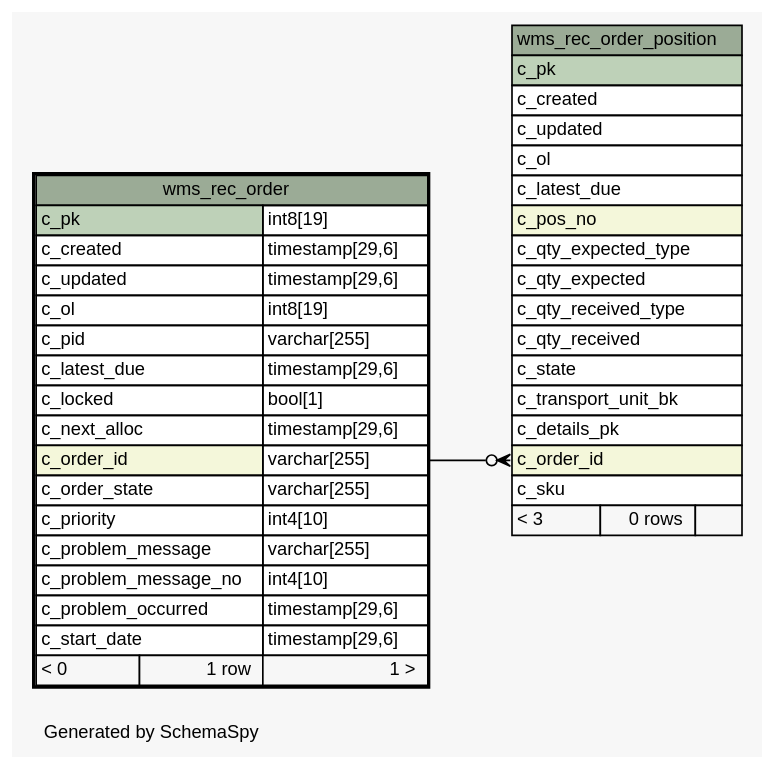
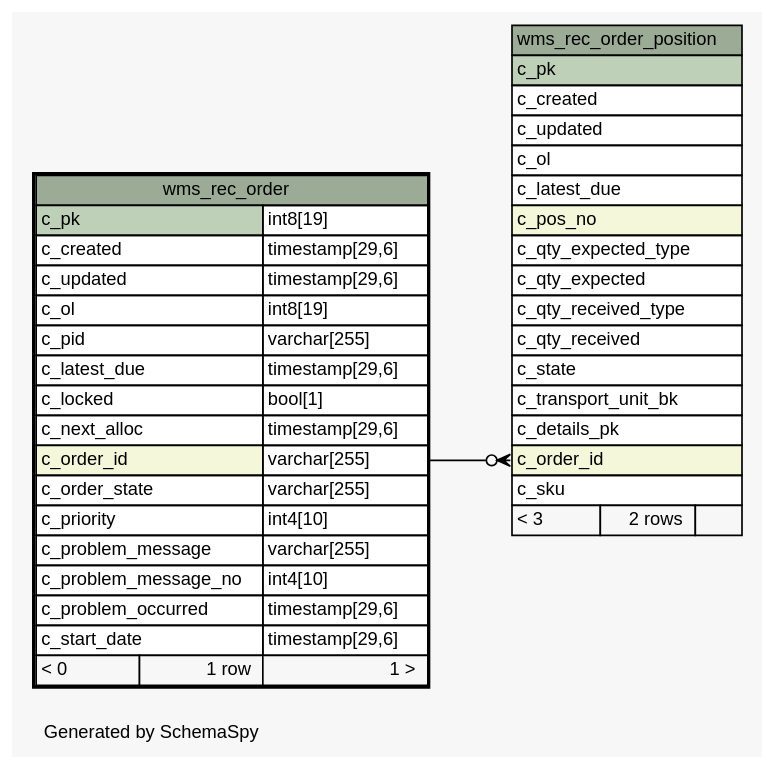
One commit to openwms/org.openwms.wms.receiving.lib changed the diagram in schemaspy/diagrams/wms_rec_order.1degree.dot. Above: the diagram before and after it, drawn with Graphviz. The commit also changed 178 other files, not shown here.

```diff
--- a/schemaspy/diagrams/wms_rec_order.1degree.dot
+++ b/schemaspy/diagrams/wms_rec_order.1degree.dot
@@ -1,71 +1,71 @@
 // dot 2.36.0 on Linux 4.4.0-101-generic
 // SchemaSpy rev Unknown
 digraph "oneDegreeRelationshipsDiagram" {
   graph [
     rankdir="RL"
     bgcolor="#f7f7f7"
     label="\nGenerated by SchemaSpy"
     labeljust="l"
     nodesep="0.18"
     ranksep="0.46"
     fontname="Helvetica"
     fontsize="11"
   ];
   node [
     fontname="Helvetica"
     fontsize="11"
     shape="plaintext"
   ];
   edge [
     arrowsize="0.8"
   ];
   "wms_rec_order_position":"c_order_id":w -> "wms_rec_order":"c_order_id.type":e [arrowhead=none dir=back arrowtail=crowodot];
   "wms_rec_order" [
     label=<
     <TABLE BORDER="2" CELLBORDER="1" CELLSPACING="0" BGCOLOR="#ffffff">
       <TR><TD COLSPAN="3" BGCOLOR="#9bab96" ALIGN="CENTER">wms_rec_order</TD></TR>
       <TR><TD PORT="c_pk" COLSPAN="2" BGCOLOR="#bed1b8" ALIGN="LEFT">c_pk</TD><TD PORT="c_pk.type" ALIGN="LEFT">int8[19]</TD></TR>
       <TR><TD PORT="c_created" COLSPAN="2" ALIGN="LEFT">c_created</TD><TD PORT="c_created.type" ALIGN="LEFT">timestamp[29,6]</TD></TR>
       <TR><TD PORT="c_updated" COLSPAN="2" ALIGN="LEFT">c_updated</TD><TD PORT="c_updated.type" ALIGN="LEFT">timestamp[29,6]</TD></TR>
       <TR><TD PORT="c_ol" COLSPAN="2" ALIGN="LEFT">c_ol</TD><TD PORT="c_ol.type" ALIGN="LEFT">int8[19]</TD></TR>
       <TR><TD PORT="c_pid" COLSPAN="2" ALIGN="LEFT">c_pid</TD><TD PORT="c_pid.type" ALIGN="LEFT">varchar[255]</TD></TR>
       <TR><TD PORT="c_latest_due" COLSPAN="2" ALIGN="LEFT">c_latest_due</TD><TD PORT="c_latest_due.type" ALIGN="LEFT">timestamp[29,6]</TD></TR>
       <TR><TD PORT="c_locked" COLSPAN="2" ALIGN="LEFT">c_locked</TD><TD PORT="c_locked.type" ALIGN="LEFT">bool[1]</TD></TR>
       <TR><TD PORT="c_next_alloc" COLSPAN="2" ALIGN="LEFT">c_next_alloc</TD><TD PORT="c_next_alloc.type" ALIGN="LEFT">timestamp[29,6]</TD></TR>
       <TR><TD PORT="c_order_id" COLSPAN="2" BGCOLOR="#f4f7da" ALIGN="LEFT">c_order_id</TD><TD PORT="c_order_id.type" ALIGN="LEFT">varchar[255]</TD></TR>
       <TR><TD PORT="c_order_state" COLSPAN="2" ALIGN="LEFT">c_order_state</TD><TD PORT="c_order_state.type" ALIGN="LEFT">varchar[255]</TD></TR>
       <TR><TD PORT="c_priority" COLSPAN="2" ALIGN="LEFT">c_priority</TD><TD PORT="c_priority.type" ALIGN="LEFT">int4[10]</TD></TR>
       <TR><TD PORT="c_problem_message" COLSPAN="2" ALIGN="LEFT">c_problem_message</TD><TD PORT="c_problem_message.type" ALIGN="LEFT">varchar[255]</TD></TR>
       <TR><TD PORT="c_problem_message_no" COLSPAN="2" ALIGN="LEFT">c_problem_message_no</TD><TD PORT="c_problem_message_no.type" ALIGN="LEFT">int4[10]</TD></TR>
       <TR><TD PORT="c_problem_occurred" COLSPAN="2" ALIGN="LEFT">c_problem_occurred</TD><TD PORT="c_problem_occurred.type" ALIGN="LEFT">timestamp[29,6]</TD></TR>
       <TR><TD PORT="c_start_date" COLSPAN="2" ALIGN="LEFT">c_start_date</TD><TD PORT="c_start_date.type" ALIGN="LEFT">timestamp[29,6]</TD></TR>
       <TR><TD ALIGN="LEFT" BGCOLOR="#f7f7f7">&lt; 0</TD><TD ALIGN="RIGHT" BGCOLOR="#f7f7f7">1 row</TD><TD ALIGN="RIGHT" BGCOLOR="#f7f7f7">1 &gt;</TD></TR>
     </TABLE>>
     URL="wms_rec_order.html"
     tooltip="wms_rec_order"
   ];
   "wms_rec_order_position" [
     label=<
     <TABLE BORDER="0" CELLBORDER="1" CELLSPACING="0" BGCOLOR="#ffffff">
       <TR><TD COLSPAN="3" BGCOLOR="#9bab96" ALIGN="CENTER">wms_rec_order_position</TD></TR>
       <TR><TD PORT="c_pk" COLSPAN="3" BGCOLOR="#bed1b8" ALIGN="LEFT">c_pk</TD></TR>
       <TR><TD PORT="c_created" COLSPAN="3" ALIGN="LEFT">c_created</TD></TR>
       <TR><TD PORT="c_updated" COLSPAN="3" ALIGN="LEFT">c_updated</TD></TR>
       <TR><TD PORT="c_ol" COLSPAN="3" ALIGN="LEFT">c_ol</TD></TR>
       <TR><TD PORT="c_latest_due" COLSPAN="3" ALIGN="LEFT">c_latest_due</TD></TR>
       <TR><TD PORT="c_pos_no" COLSPAN="3" BGCOLOR="#f4f7da" ALIGN="LEFT">c_pos_no</TD></TR>
       <TR><TD PORT="c_qty_expected_type" COLSPAN="3" ALIGN="LEFT">c_qty_expected_type</TD></TR>
       <TR><TD PORT="c_qty_expected" COLSPAN="3" ALIGN="LEFT">c_qty_expected</TD></TR>
       <TR><TD PORT="c_qty_received_type" COLSPAN="3" ALIGN="LEFT">c_qty_received_type</TD></TR>
       <TR><TD PORT="c_qty_received" COLSPAN="3" ALIGN="LEFT">c_qty_received</TD></TR>
       <TR><TD PORT="c_state" COLSPAN="3" ALIGN="LEFT">c_state</TD></TR>
       <TR><TD PORT="c_transport_unit_bk" COLSPAN="3" ALIGN="LEFT">c_transport_unit_bk</TD></TR>
       <TR><TD PORT="c_details_pk" COLSPAN="3" ALIGN="LEFT">c_details_pk</TD></TR>
       <TR><TD PORT="c_order_id" COLSPAN="3" BGCOLOR="#f4f7da" ALIGN="LEFT">c_order_id</TD></TR>
       <TR><TD PORT="c_sku" COLSPAN="3" ALIGN="LEFT">c_sku</TD></TR>
-      <TR><TD ALIGN="LEFT" BGCOLOR="#f7f7f7">&lt; 3</TD><TD ALIGN="RIGHT" BGCOLOR="#f7f7f7">0 rows</TD><TD ALIGN="RIGHT" BGCOLOR="#f7f7f7">  </TD></TR>
+      <TR><TD ALIGN="LEFT" BGCOLOR="#f7f7f7">&lt; 3</TD><TD ALIGN="RIGHT" BGCOLOR="#f7f7f7">2 rows</TD><TD ALIGN="RIGHT" BGCOLOR="#f7f7f7">  </TD></TR>
     </TABLE>>
     URL="wms_rec_order_position.html"
     tooltip="wms_rec_order_position"
   ];
 }
```
